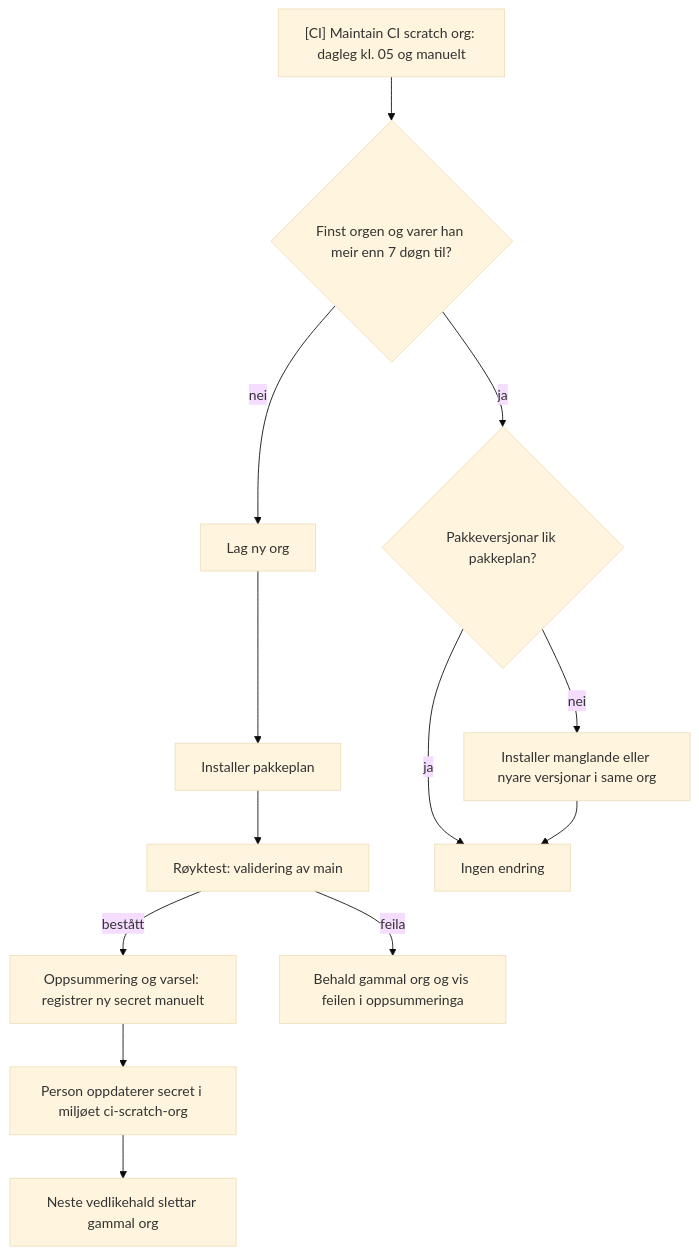
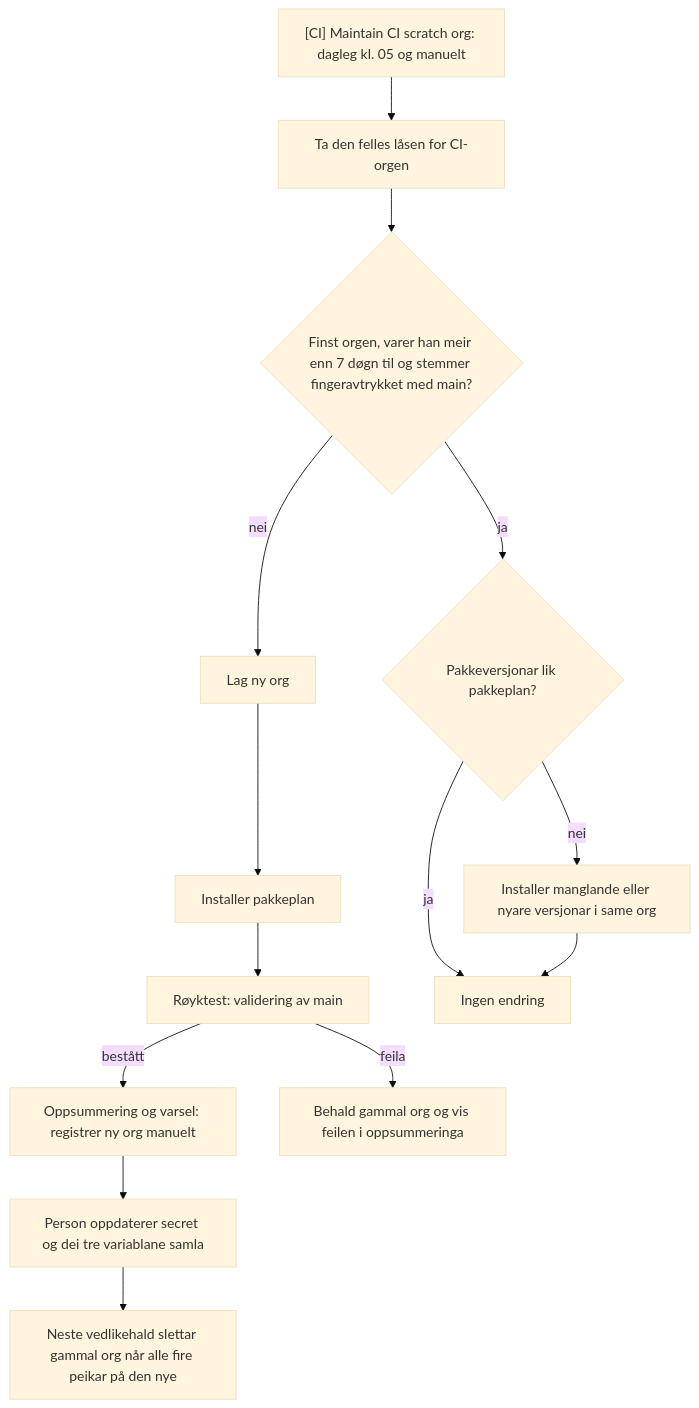
The fourth of 4 diagrams in .github/specs/reusable-scratch-org-pr-validation.md (navikt/crm-arbeidsforhold), drawn with Mermaid (base theme) before and after one commit. The commit also changed other lines of this file, not shown here.

First line of the commit message:
docs(ci): shared org lock, fingerprint renewal and atomic registration

````diff
--- a/.github/specs/reusable-scratch-org-pr-validation.md
+++ b/.github/specs/reusable-scratch-org-pr-validation.md
@@ -124,15 +130,16 @@
 ```mermaid
 flowchart TD
-    start["[CI] Maintain CI scratch org: dagleg kl. 05 og manuelt"] --> fresh{"Finst orgen og varer han meir enn 7 døgn til?"}
+    start["[CI] Maintain CI scratch org: dagleg kl. 05 og manuelt"] --> lock["Ta den felles låsen for CI-orgen"]
+    lock --> fresh{"Finst orgen, varer han meir enn 7 døgn til og stemmer fingeravtrykket med main?"}
     fresh -->|nei| create["Lag ny org"]
     create --> install["Installer pakkeplan"]
     install --> smoke["Røyktest: validering av main"]
-    smoke -->|bestått| notify["Oppsummering og varsel: registrer ny secret manuelt"]
-    notify --> secret["Person oppdaterer secret i miljøet ci-scratch-org"]
-    secret --> remove["Neste vedlikehald slettar gammal org"]
+    smoke -->|bestått| notify["Oppsummering og varsel: registrer ny org manuelt"]
+    notify --> secret["Person oppdaterer secret og dei tre variablane samla"]
+    secret --> remove["Neste vedlikehald slettar gammal org når alle fire peikar på den nye"]
     smoke -->|feila| keep["Behald gammal org og vis feilen i oppsummeringa"]
     fresh -->|ja| plan{"Pakkeversjonar lik pakkeplan?"}
     plan -->|ja| unchanged["Ingen endring"]
     plan -->|nei| upgrade["Installer manglande eller nyare versjonar i same org"]
     upgrade --> unchanged
 ```
````
